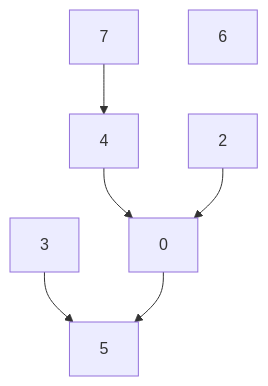
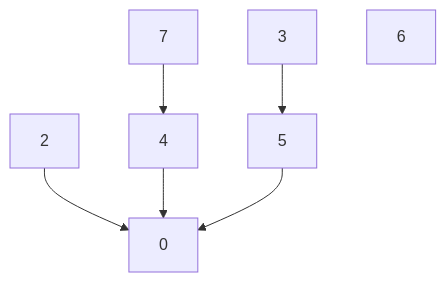
Before and after one commit to aki-ph-chem/kencho: the second of 4 diagrams in ss11/README.md, drawn with Mermaid.

Commit message:
図の修正

````diff
--- a/ss11/README.md
+++ b/ss11/README.md
@@ -21,7 +21,7 @@
 ```mermaid
 graph TD 
-    4[3]-->5[5]
-    3[7]-->2[4]-->0[0]-->5
     1[2]-->0[0]
+    3[7]-->2[4]-->0
+    4[3]-->5[5]-->0
     6[6]
 ```
````
